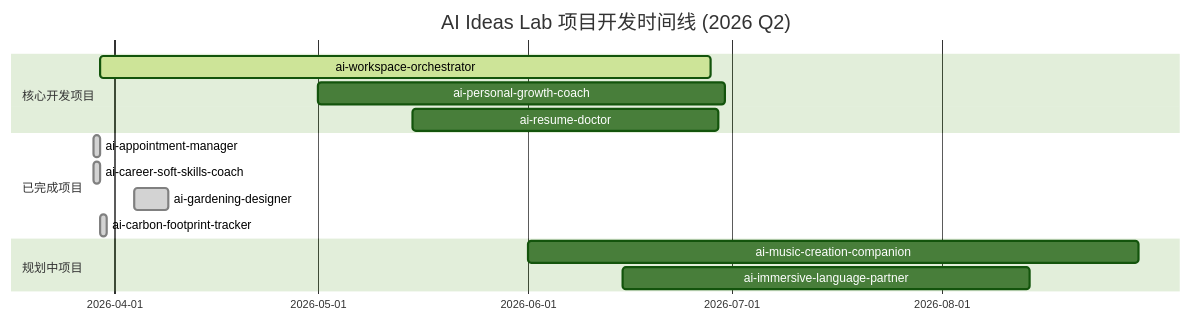
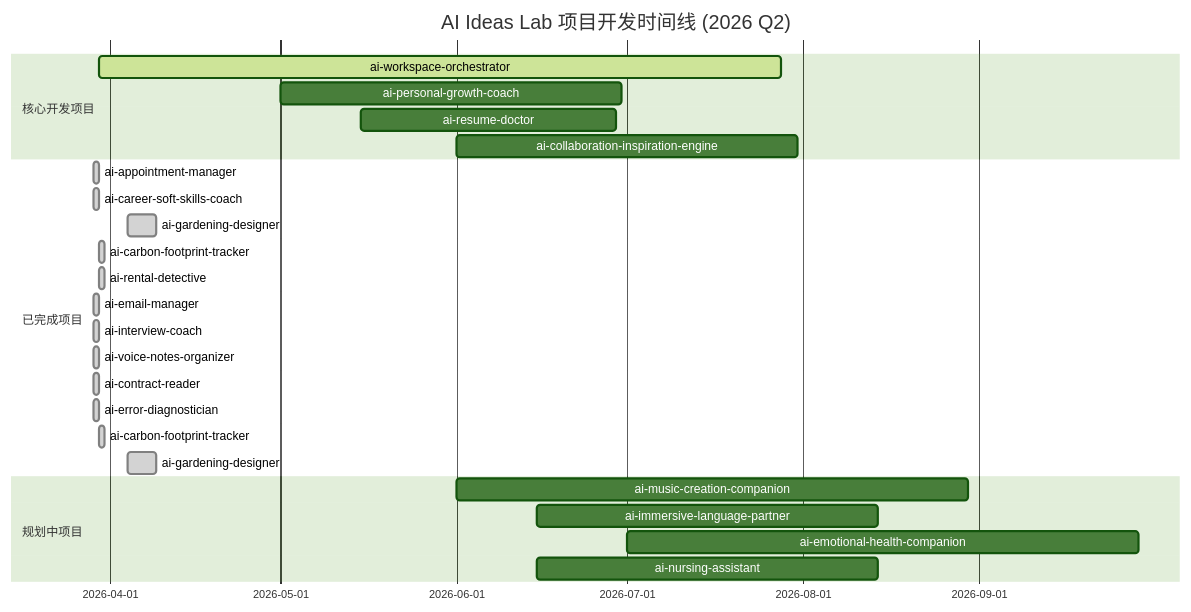
Before and after one commit to ai-ideas-lab/romance-of-three-claws: the diagram in docs/roadmap.md, drawn with Mermaid (forest theme). The commit also changed other lines of this file, not shown here.

First line of the commit message:
docs: update roadmap - Q2 2026 progress analysis and strategic adjustments

````diff
--- a/docs/roadmap.md
+++ b/docs/roadmap.md
@@ -56,19 +62,30 @@
 ```mermaid
 gantt
     title AI Ideas Lab 项目开发时间线 (2026 Q2)
     dateFormat  YYYY-MM-DD
     section 核心开发项目
-    ai-workspace-orchestrator       :active,  des1, 2026-03-30, 90d
+    ai-workspace-orchestrator       :active,  des1, 2026-03-30, 120d
     ai-personal-growth-coach        :         des2, 2026-05-01, 60d
     ai-resume-doctor               :         des3, 2026-05-15, 45d
+    ai-collaboration-inspiration-engine :   des4, 2026-06-01, 60d
     
     section 已完成项目
     ai-appointment-manager         :done,    done1, 2026-03-29, 1d
     ai-career-soft-skills-coach     :done,    done2, 2026-03-29, 1d
     ai-gardening-designer           :done,    done3, 2026-04-04, 5d
     ai-carbon-footprint-tracker     :done,    done4, 2026-03-30, 1d
+    ai-rental-detective             :done,    done5, 2026-03-30, 1d
+    ai-email-manager                :done,    done6, 2026-03-29, 1d
+    ai-interview-coach              :done,    done7, 2026-03-29, 1d
+    ai-voice-notes-organizer        :done,    done8, 2026-03-29, 1d
+    ai-contract-reader              :done,    done9, 2026-03-29, 1d
+    ai-error-diagnostician          :done,    done10, 2026-03-29, 1d
+    ai-carbon-footprint-tracker     :done,    done11, 2026-03-30, 1d
+    ai-gardening-designer           :done,    done12, 2026-04-04, 5d
     
     section 规划中项目
     ai-music-creation-companion     :         plan1, 2026-06-01, 90d
     ai-immersive-language-partner  :         plan2, 2026-06-15, 60d
+    ai-emotional-health-companion   :         plan3, 2026-07-01, 90d
+    ai-nursing-assistant           :         plan4, 2026-06-15, 60d
 ```
````
